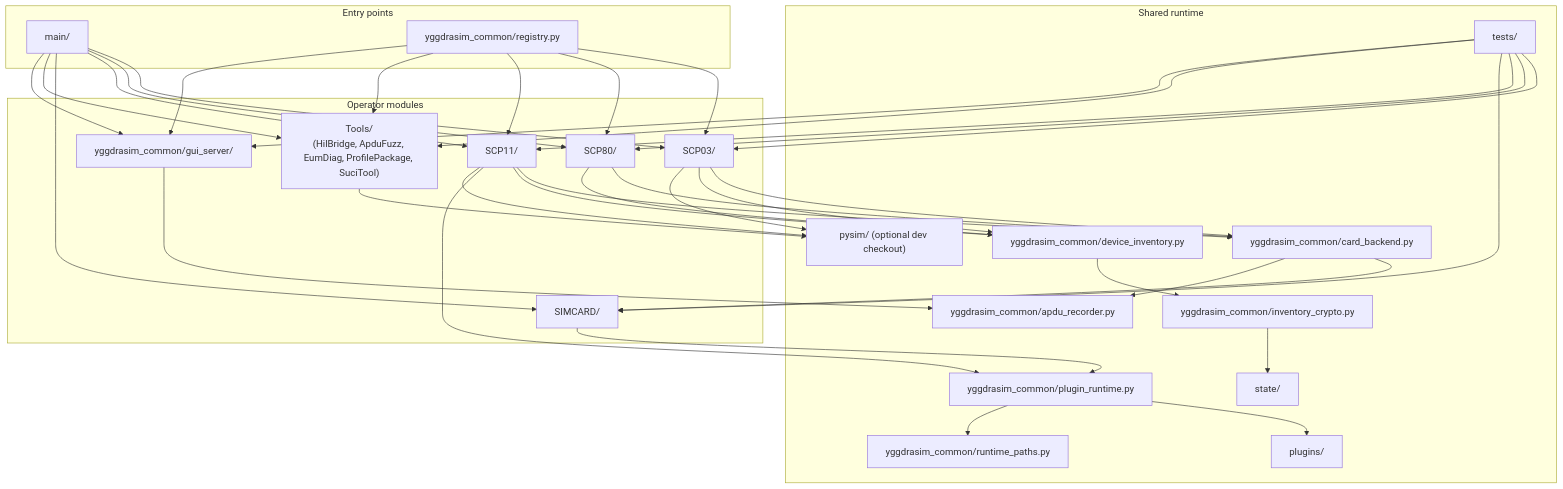
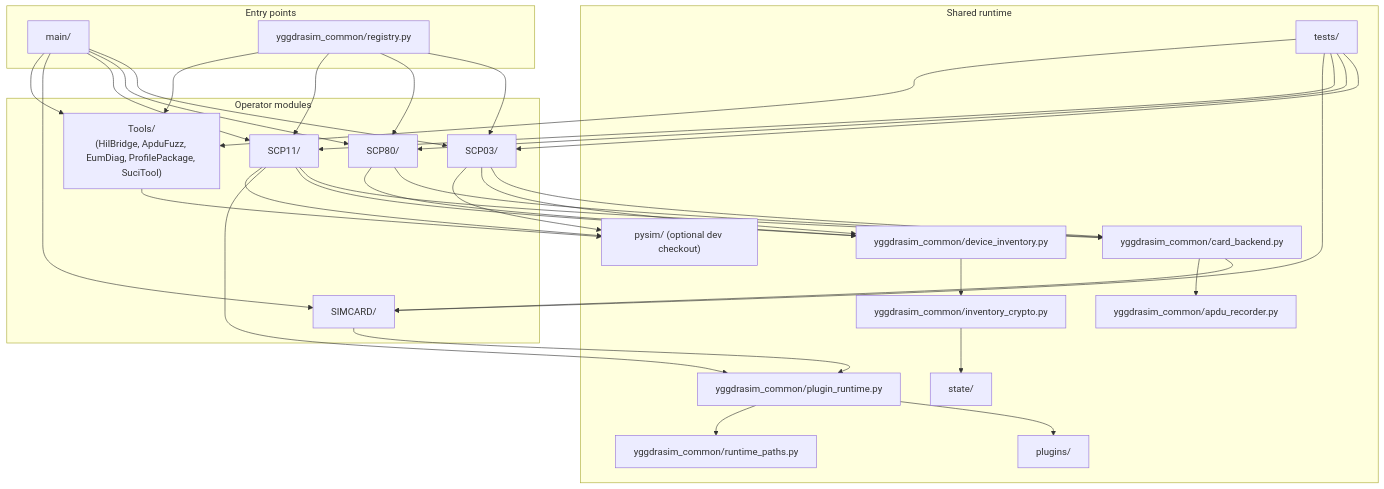
One commit to 1oT/YggdraSIM changed the second of 10 diagrams in guides/ARCHITECTURE.md. Above: the diagram before and after it, drawn with Mermaid. The commit also changed other lines of this file and 838 other files, not shown here.

````diff
--- a/guides/ARCHITECTURE.md
+++ b/guides/ARCHITECTURE.md
@@ -79,66 +73,61 @@
 ```mermaid
 flowchart TB
     subgraph EntryPoints["Entry points"]
         Main["main/"]
         Registry["yggdrasim_common/registry.py"]
     end
 
     subgraph OperatorModules["Operator modules"]
         SCP03["SCP03/"]
         SCP80["SCP80/"]
         SCP11["SCP11/"]
         SIMCARD["SIMCARD/"]
         Tools["Tools/<br/>(HilBridge, ApduFuzz, EumDiag, ProfilePackage, SuciTool)"]
-        GuiServer["yggdrasim_common/gui_server/"]
     end
 
     subgraph SharedRuntime["Shared runtime"]
         Inventory["yggdrasim_common/device_inventory.py"]
         Crypto["yggdrasim_common/inventory_crypto.py"]
         RuntimePaths["yggdrasim_common/runtime_paths.py"]
         PluginRuntime["yggdrasim_common/plugin_runtime.py"]
         CardBackend["yggdrasim_common/card_backend.py"]
         ApduRecorder["yggdrasim_common/apdu_recorder.py"]
         Plugins["plugins/"]
         StateDir["state/"]
         PySim["pysim/ (optional dev checkout)"]
         Tests["tests/"]
     end
 
     Main --> SCP03
     Main --> SCP80
     Main --> SCP11
     Main --> SIMCARD
     Main --> Tools
-    Main --> GuiServer
     Registry --> SCP03
     Registry --> SCP80
     Registry --> SCP11
     Registry --> Tools
-    Registry --> GuiServer
 
     SCP03 --> CardBackend
     SCP80 --> CardBackend
     SCP11 --> CardBackend
     CardBackend --> SIMCARD
     SCP03 --> Inventory
     SCP80 --> Inventory
     SCP11 --> Inventory
     Inventory --> Crypto
     SCP11 --> PluginRuntime
     SIMCARD --> PluginRuntime
     PluginRuntime --> Plugins
     PluginRuntime --> RuntimePaths
     Crypto --> StateDir
     CardBackend --> ApduRecorder
-    GuiServer --> ApduRecorder
     SCP03 --> PySim
     SCP11 --> PySim
     Tools --> PySim
     Tests --> SCP03
     Tests --> SCP80
     Tests --> SCP11
     Tests --> SIMCARD
     Tests --> Tools
-    Tests --> GuiServer
 ```
````
